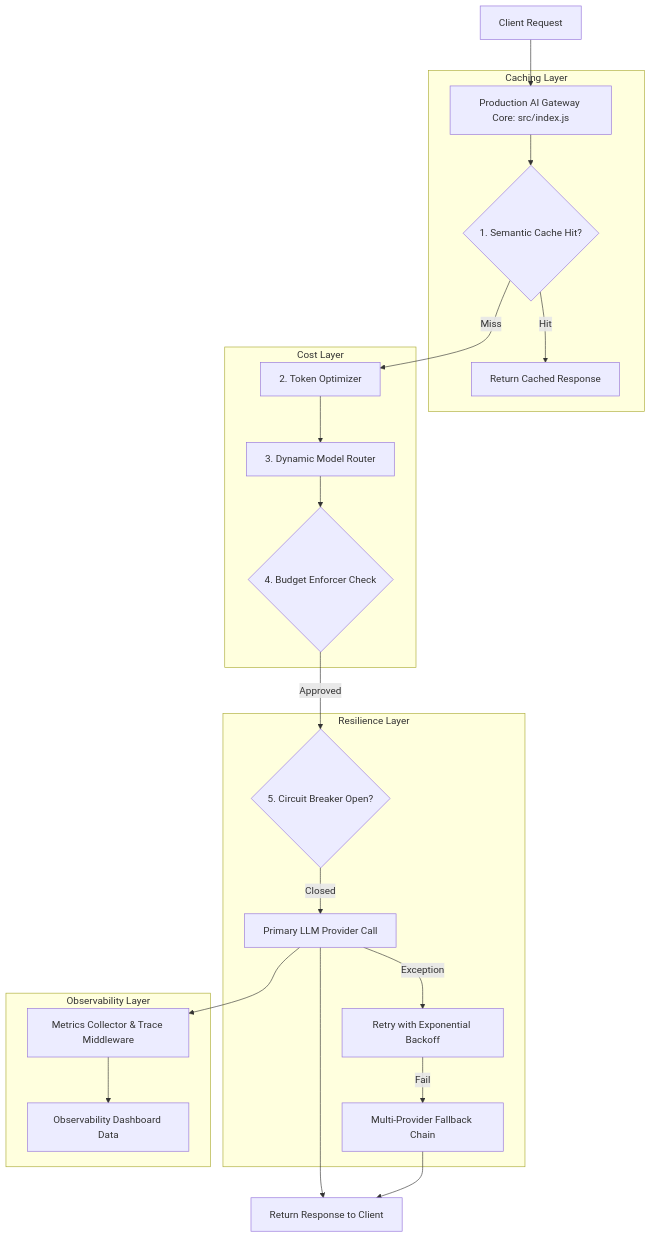
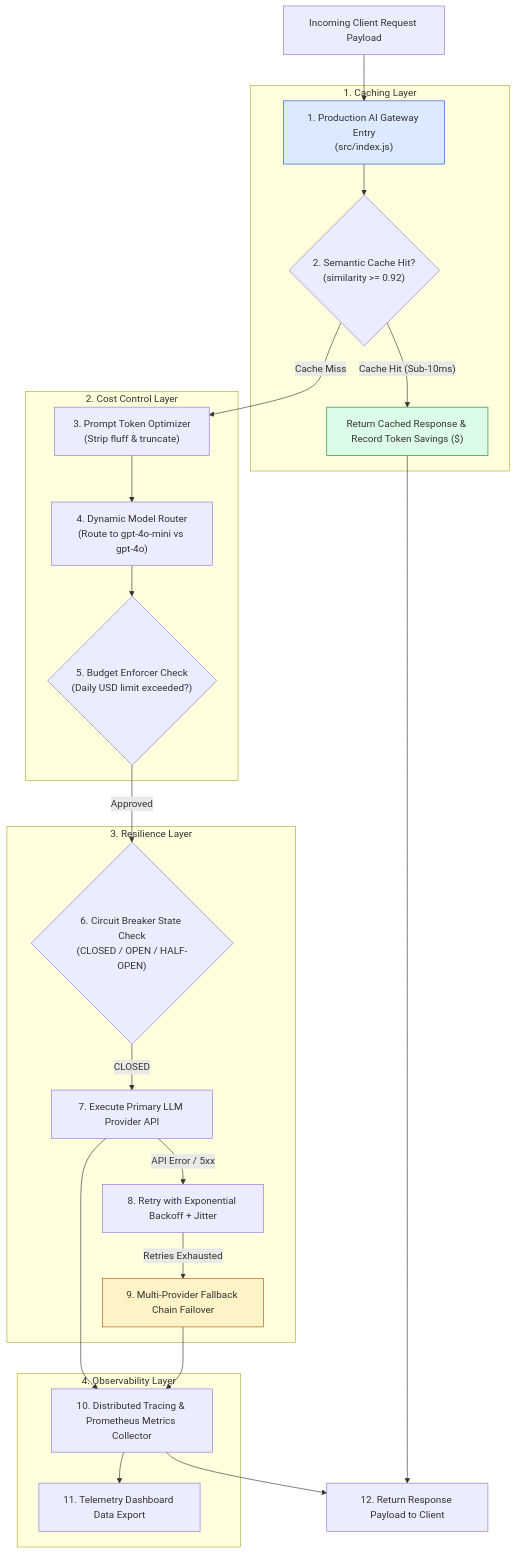
Before and after one commit to Amie-dev/engineering-playbook: the first of 3 diagrams in agentic-ai-notes/09-production-patterns/00-production-patterns-overview.md, drawn with Mermaid. The commit also changed other lines of this file and 12 other files, not shown here.

Commit message:
Refactor observability modules: Enhance Distributed Request Tracing Middleware, Prometheus Metrics Collector, and Dashboard Data Aggregator for improved telemetry and performance. Update Production AI Gateway Runner to streamline request handling and integrate comprehensive observability features.

````diff
--- a/agentic-ai-notes/09-production-patterns/00-production-patterns-overview.md
+++ b/agentic-ai-notes/09-production-patterns/00-production-patterns-overview.md
@@ -10,29 +13,33 @@
 ```mermaid
 flowchart TD
-    Client[Client Request] --> Gateway[Production AI Gateway Core: src/index.js]
+    ClientRequest["Incoming Client Request Payload"] --> GatewayEntry["1. Production AI Gateway Entry<br/>(src/index.js)"]
 
-    subgraph Caching Layer
-        Gateway --> SemanticCache{1. Semantic Cache Hit?}
-        SemanticCache -- Hit --> ReturnCache[Return Cached Response]
+    subgraph 1. Caching Layer
+        GatewayEntry --> SemanticCache{"2. Semantic Cache Hit?<br/>(similarity >= 0.92)"}
+        SemanticCache -- "Cache Hit (Sub-10ms)" --> FastReturn["Return Cached Response & Record Token Savings ($)"]
     end
 
-    subgraph Cost Layer
-        SemanticCache -- Miss --> TokenOpt[2. Token Optimizer]
-        TokenOpt --> ModelRouter[3. Dynamic Model Router]
-        ModelRouter --> BudgetCheck{4. Budget Enforcer Check}
+    subgraph 2. Cost Control Layer
+        SemanticCache -- "Cache Miss" --> TokenOpt["3. Prompt Token Optimizer<br/>(Strip fluff & truncate)"]
+        TokenOpt --> ModelRouter["4. Dynamic Model Router<br/>(Route to gpt-4o-mini vs gpt-4o)"]
+        ModelRouter --> BudgetCheck{"5. Budget Enforcer Check<br/>(Daily USD limit exceeded?)"}
     end
 
-    subgraph Resilience Layer
-        BudgetCheck -- Approved --> CircuitBreaker{5. Circuit Breaker Open?}
-        CircuitBreaker -- Closed --> LLMProvider[Primary LLM Provider Call]
-        LLMProvider -- Exception --> RetryBackoff[Retry with Exponential Backoff]
-        RetryBackoff -- Fail --> FallbackChain[Multi-Provider Fallback Chain]
+    subgraph 3. Resilience Layer
+        BudgetCheck -- "Approved" --> CircuitBreaker{"6. Circuit Breaker State Check<br/>(CLOSED / OPEN / HALF-OPEN)"}
+        CircuitBreaker -- "CLOSED" --> LLMCall["7. Execute Primary LLM Provider API"]
+        LLMCall -- "API Error / 5xx" --> RetryBackoff["8. Retry with Exponential Backoff + Jitter"]
+        RetryBackoff -- "Retries Exhausted" --> FallbackChain["9. Multi-Provider Fallback Chain Failover"]
     end
 
-    subgraph Observability Layer
-        LLMProvider --> Metrics[Metrics Collector & Trace Middleware]
-        Metrics --> Dashboard[Observability Dashboard Data]
+    subgraph 4. Observability Layer
+        LLMCall & FallbackChain --> Metrics["10. Distributed Tracing & Prometheus Metrics Collector"]
+        Metrics --> Dashboard["11. Telemetry Dashboard Data Export"]
     end
 
-    LLMProvider & FallbackChain --> ReturnClient[Return Response to Client]
+    FastReturn & Metrics --> FinalClientResponse["12. Return Response Payload to Client"]
+
+    style GatewayEntry fill:#dbeafe,stroke:#1d4ed8
+    style FastReturn fill:#dcfce7,stroke:#15803d
+    style FallbackChain fill:#fef3c7,stroke:#b45309
 ```
````
